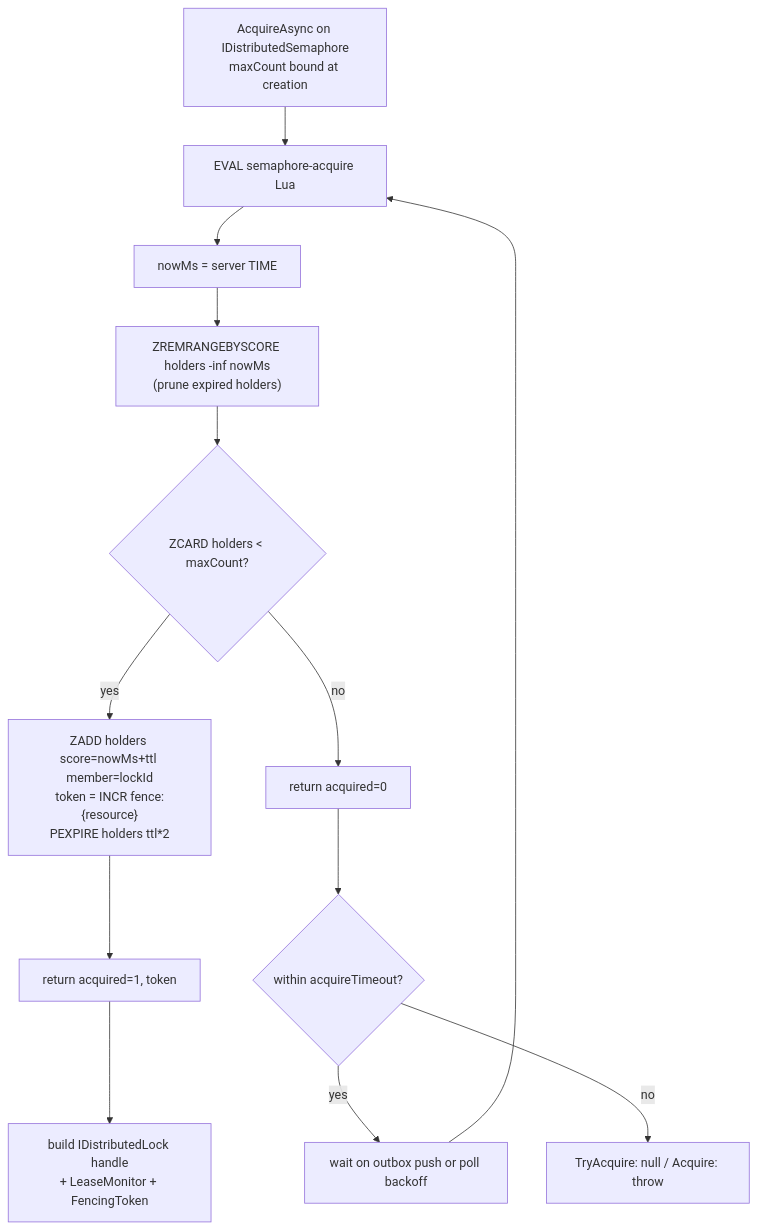
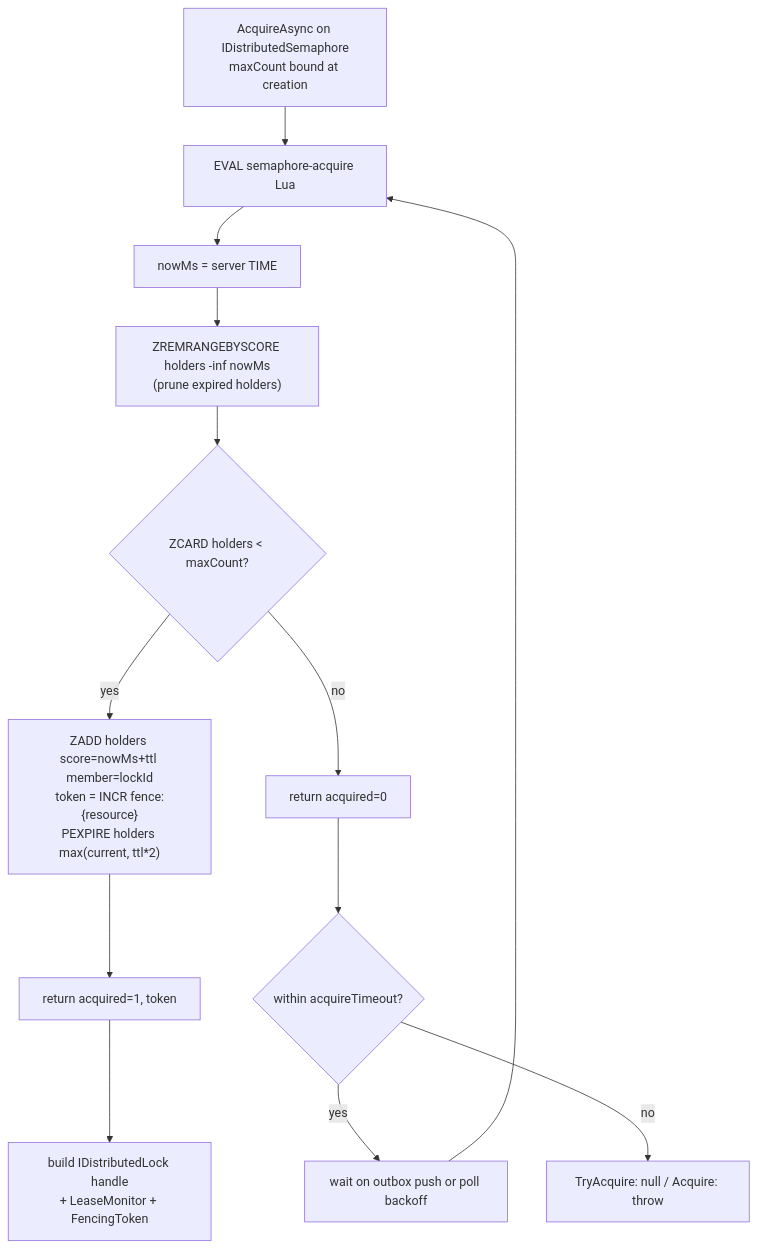
One commit to xshaheen/headless-framework changed the second of 2 diagrams in docs/plans/2026-06-01-001-feat-semaphore-and-fencing-plan.md. Above: the diagram before and after it, drawn with Mermaid. The commit also changed other lines of this file and 10 other files, not shown here.

````diff
--- a/docs/plans/2026-06-01-001-feat-semaphore-and-fencing-plan.md
+++ b/docs/plans/2026-06-01-001-feat-semaphore-and-fencing-plan.md
@@ -99,14 +99,14 @@
 ```mermaid
 flowchart TD
     A[AcquireAsync on IDistributedSemaphore<br/>maxCount bound at creation] --> B[EVAL semaphore-acquire Lua]
     B --> C["nowMs = server TIME"]
     C --> D["ZREMRANGEBYSCORE holders -inf nowMs<br/>(prune expired holders)"]
     D --> E{ZCARD holders < maxCount?}
-    E -- yes --> F["ZADD holders score=nowMs+ttl member=lockId<br/>token = INCR fence:{resource}<br/>PEXPIRE holders ttl*2"]
+    E -- yes --> F["ZADD holders score=nowMs+ttl member=lockId<br/>token = INCR fence:{resource}<br/>PEXPIRE holders max(current, ttl*2)"]
     F --> G[return acquired=1, token]
     G --> H[build IDistributedLock handle<br/>+ LeaseMonitor + FencingToken]
     E -- no --> I[return acquired=0]
     I --> J{within acquireTimeout?}
     J -- yes --> K[wait on outbox push or poll backoff] --> B
     J -- no --> L[TryAcquire: null / Acquire: throw]
 ```
````
